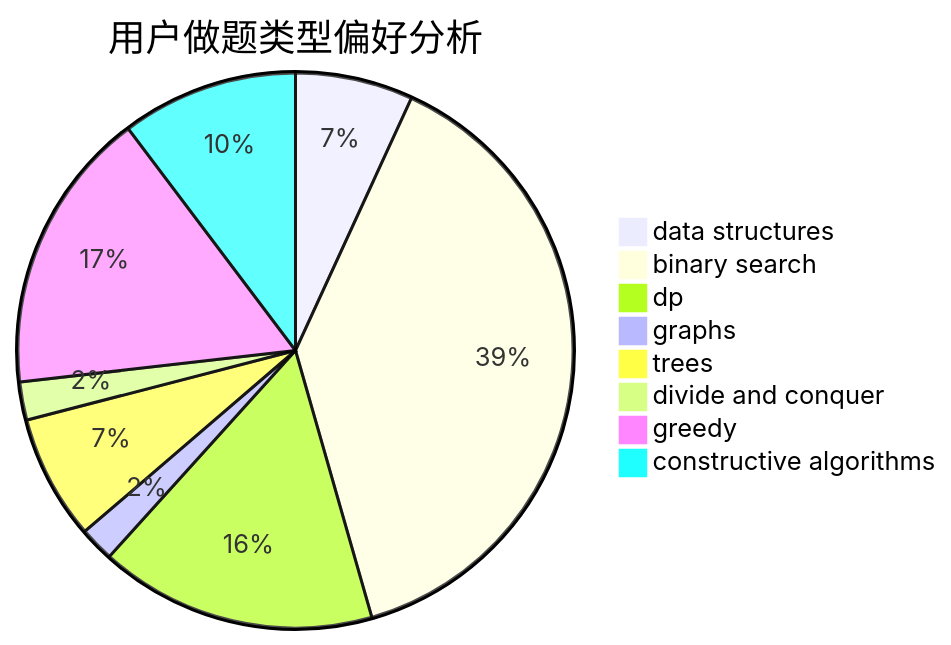
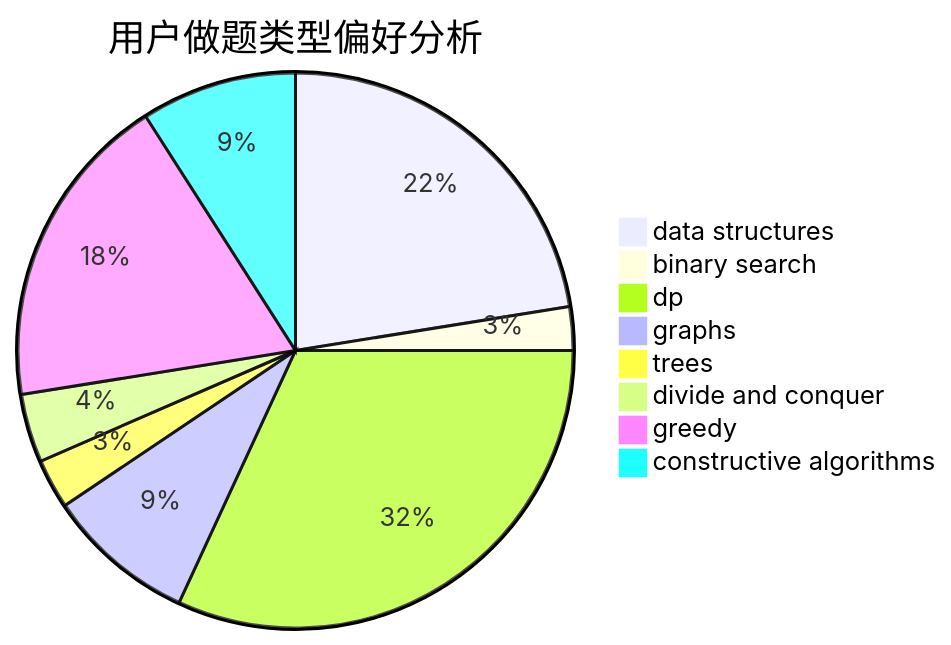
One commit to sherpahu/cfrs.github.io changed the second of 3 diagrams in docs/user/u1811.md. Above: the diagram before and after it, drawn with Mermaid. The commit also changed other lines of this file and 2770 other files, not shown here.

````diff
--- a/docs/user/u1811.md
+++ b/docs/user/u1811.md
@@ -23,11 +23,11 @@
 ```mermaid
 pie title 用户做题类型偏好分析
-    "data structures" :  34
-    "binary search" :  192
-    "dp" :  80
-    "graphs" :  10
-    "trees" :  36
+    "data structures" :  62
+    "binary search" :  7
+    "dp" :  88
+    "graphs" :  24
+    "trees" :  8
     "divide and conquer" :  11
-    "greedy" :  82
-    "constructive algorithms" :  51
+    "greedy" :  51
+    "constructive algorithms" :  25
 ```
````
